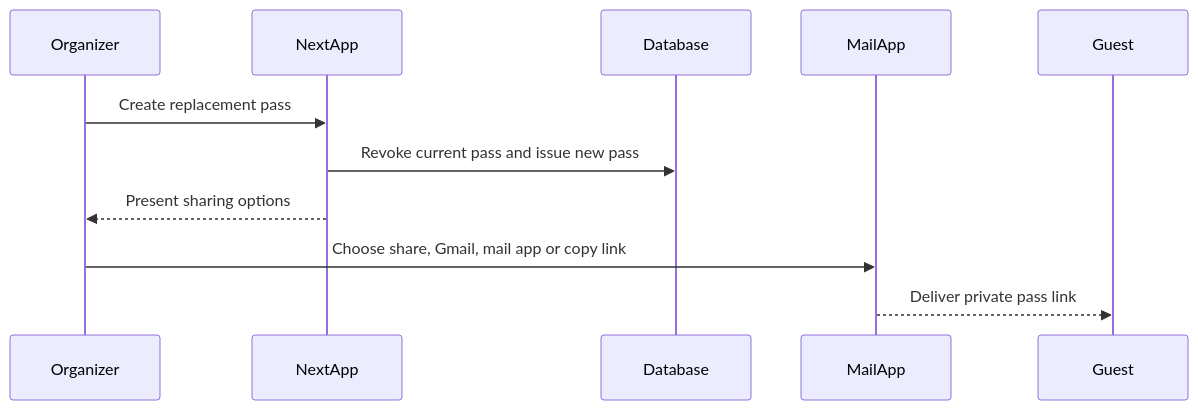
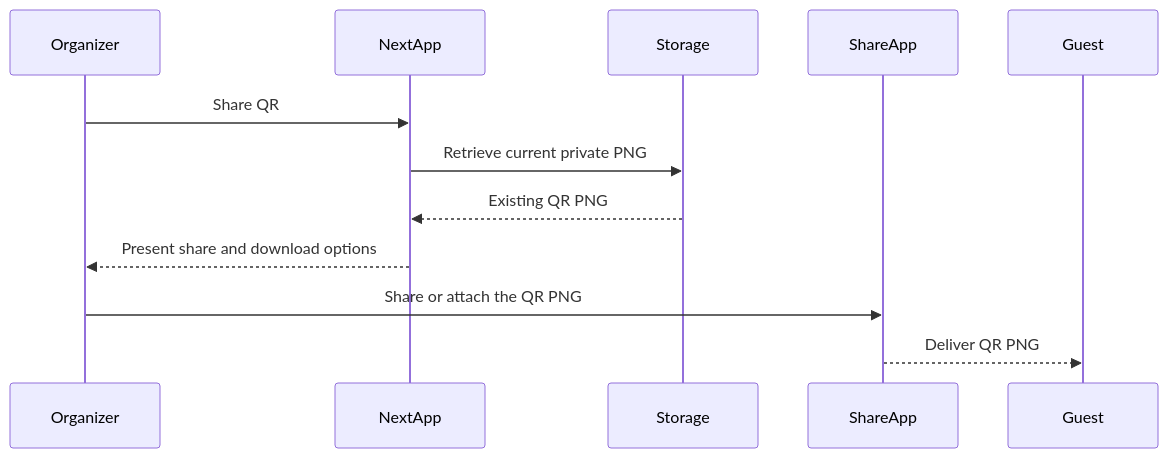
The seventh of 9 diagrams in docs/MASTER_SPEC.md (AmeerulH/check-in-platform), drawn with Mermaid before and after one commit. The commit also changed other lines of this file and 9 other files, not shown here.

````diff
--- a/docs/MASTER_SPEC.md
+++ b/docs/MASTER_SPEC.md
@@ -727,14 +732,15 @@
 ```mermaid
 sequenceDiagram
   participant Organizer
   participant NextApp
-  participant Database
-  participant MailApp
+  participant Storage
+  participant ShareApp
   participant Guest
 
-  Organizer->>NextApp: Create replacement pass
-  NextApp->>Database: Revoke current pass and issue new pass
-  NextApp-->>Organizer: Present sharing options
-  Organizer->>MailApp: Choose share, Gmail, mail app or copy link
-  MailApp-->>Guest: Deliver private pass link
+  Organizer->>NextApp: Share QR
+  NextApp->>Storage: Retrieve current private PNG
+  Storage-->>NextApp: Existing QR PNG
+  NextApp-->>Organizer: Present share and download options
+  Organizer->>ShareApp: Share or attach the QR PNG
+  ShareApp-->>Guest: Deliver QR PNG
 ```
````
